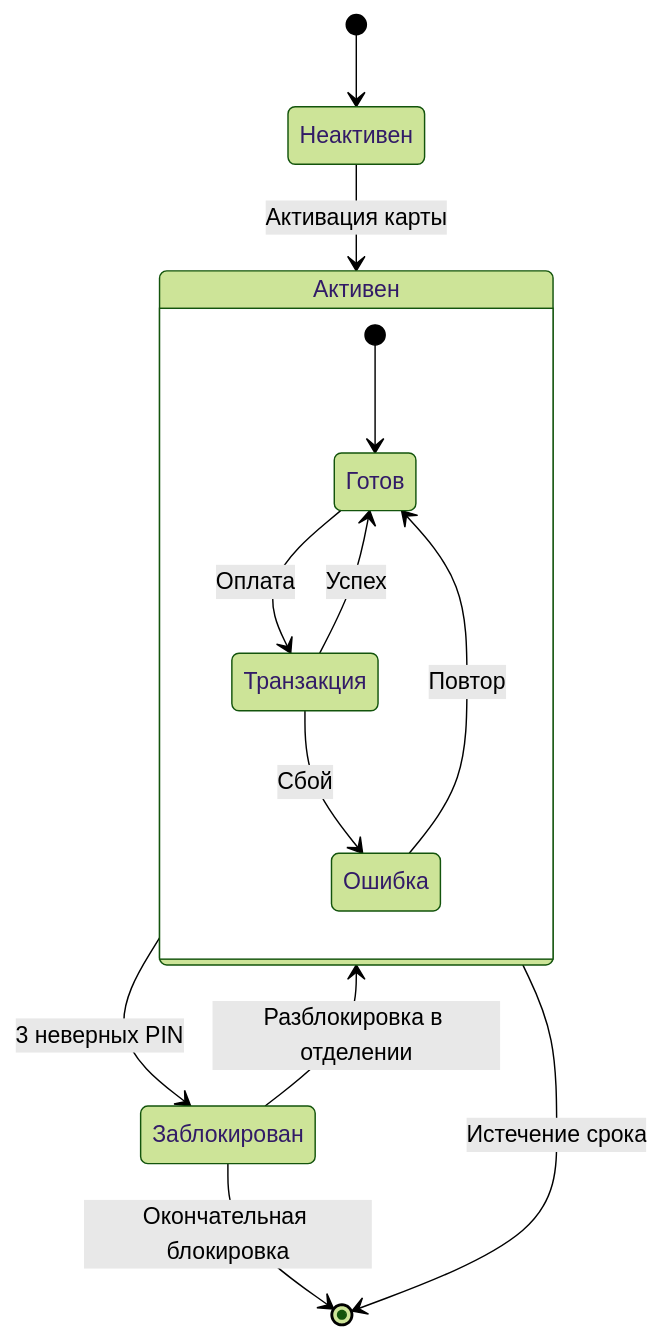
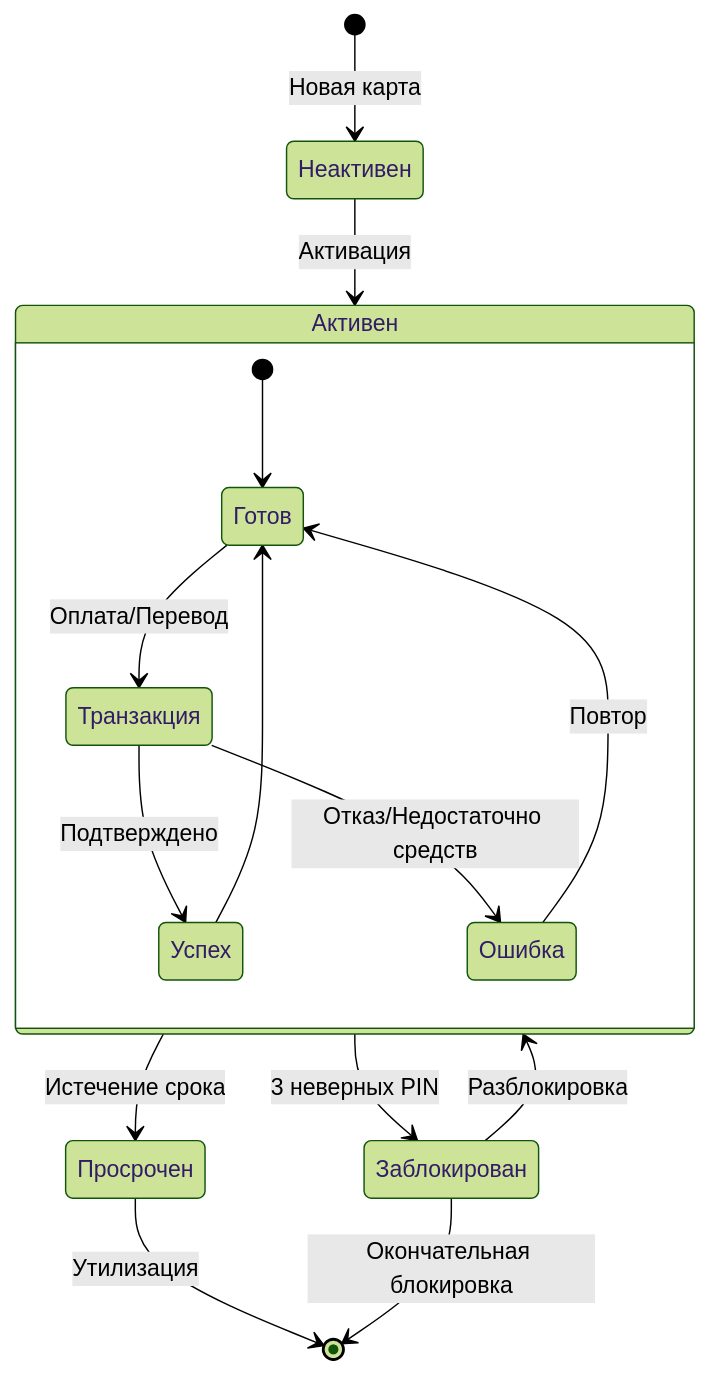
Before and after one commit to mxsmirnov/aix-labs: the fourth of 7 diagrams in mermaid.md, drawn with Mermaid (forest theme). The commit also changed other lines of this file, not shown here.

````diff
--- a/mermaid.md
+++ b/mermaid.md
@@ -85,19 +138,21 @@
 ```mermaid
 stateDiagram-v2
-    [*] --> Неактивен
+    [*] --> Неактивен : Новая карта
     
-    Неактивен --> Активен: Активация карты
-    Активен --> Заблокирован: 3 неверных PIN
-    Заблокирован --> Активен: Разблокировка в отделении
+    Неактивен --> Активен : Активация
+    Активен --> Заблокирован : 3 неверных PIN
+    Заблокирован --> Активен : Разблокировка
     
     state Активен {
         [*] --> Готов
-        Готов --> Транзакция: Оплата
-        Транзакция --> Готов: Успех
-        Транзакция --> Ошибка: Сбой
-        Ошибка --> Готов: Повтор
+        Готов --> Транзакция : Оплата/Перевод
+        Транзакция --> Успех : Подтверждено
+        Транзакция --> Ошибка : Отказ/Недостаточно средств
+        Успех --> Готов
+        Ошибка --> Готов : Повтор
     }
     
-    Активен --> [*]: Истечение срока
-    Заблокирован --> [*]: Окончательная блокировка
+    Активен --> Просрочен : Истечение срока
+    Просрочен --> [*] : Утилизация
+    Заблокирован --> [*] : Окончательная блокировка
 ```
````
